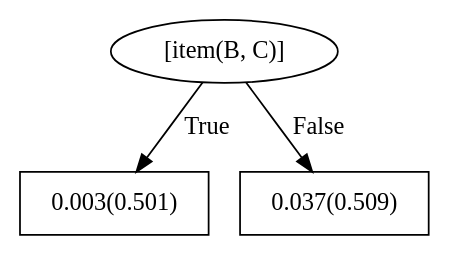
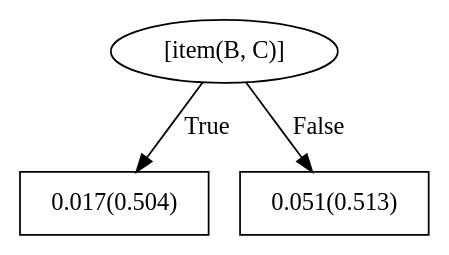
The diagram in boosted_bandit/trial2/train/models/bRDNs/dotFiles/WILLTreeFor_recommendation19.dot (vnagpal25/BEACON), drawn with Graphviz before and after one commit. The commit also changed 255 other files, not shown here.

```diff
--- a/boosted_bandit/trial2/train/models/bRDNs/dotFiles/WILLTreeFor_recommendation19.dot
+++ b/boosted_bandit/trial2/train/models/bRDNs/dotFiles/WILLTreeFor_recommendation19.dot
@@ -1,7 +1,7 @@
 digraph G{ 
 1[label = "[item(B, C)]"];
 1 -> 2[label="True"];
 1 -> 3[label="False"];
-2[shape = box,label = "0.003(0.501)"];
-3[shape = box,label = "0.037(0.509)"];
+2[shape = box,label = "0.017(0.504)"];
+3[shape = box,label = "0.051(0.513)"];
 }
```
